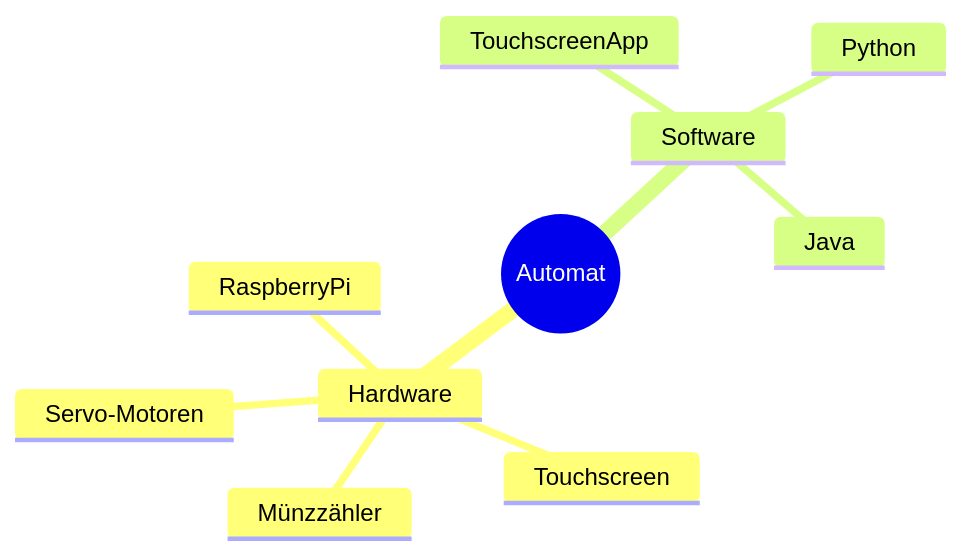
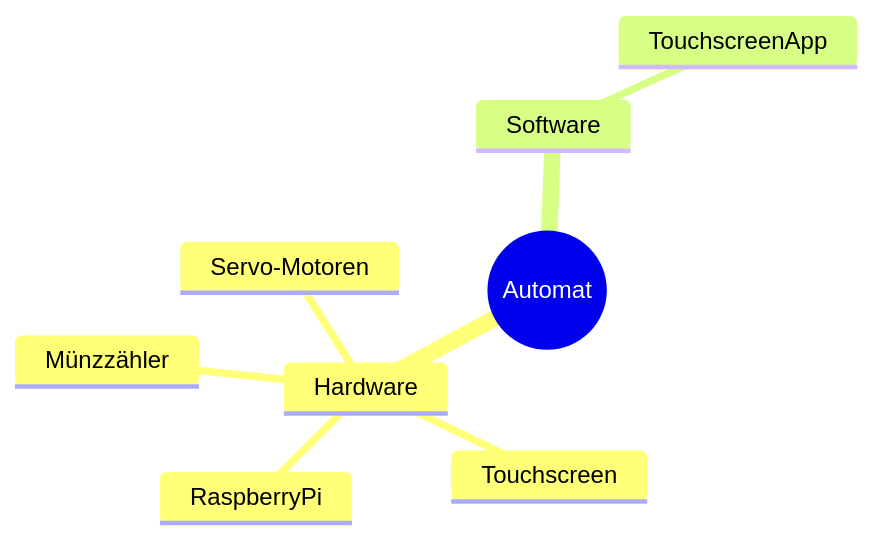
One commit to Darabrob/Projekt_Automat changed the diagram in README.md. Above: the diagram before and after it, drawn with Mermaid.

````diff
--- a/README.md
+++ b/README.md
@@ -3,13 +3,12 @@
 ```mermaid
 mindmap
   root((Automat))
     Hardware
       RaspberryPi
       Touchscreen
       Münzzähler
       Servo-Motoren
     Software
       TouchscreenApp
-      Java
-      Python
+      
 ```
````
